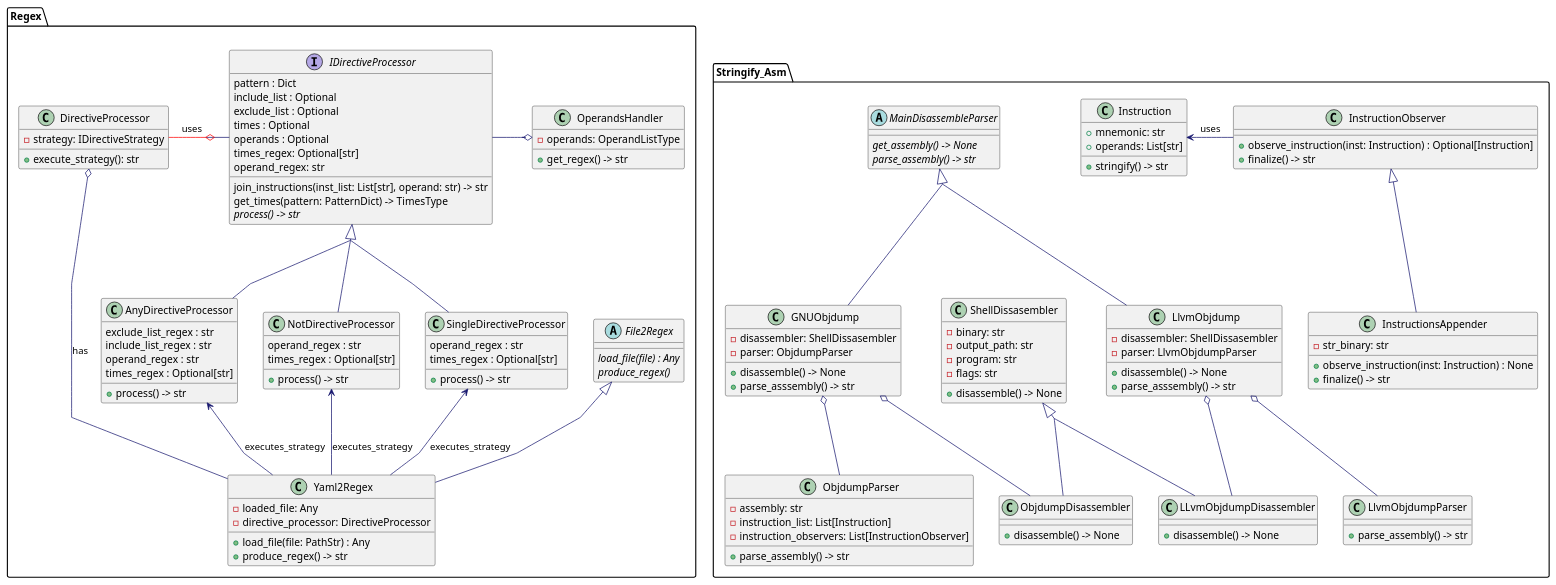
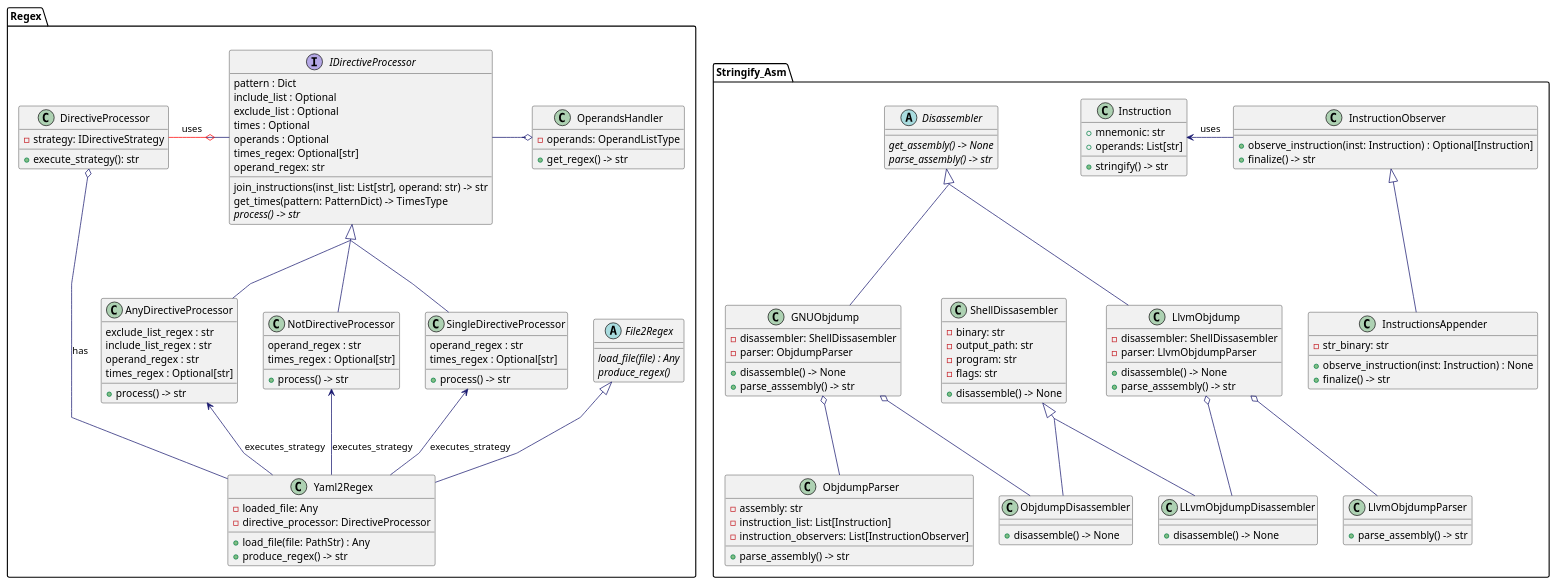
One commit to JukMR/JASM changed the diagram in design/diagram_class.puml. Above: the diagram before and after it, drawn with PlantUML.

Commit message:
Rename MainDisassembleParser to Disassembler

```diff
--- a/design/diagram_class.puml
+++ b/design/diagram_class.puml
@@ -1,175 +1,175 @@
 @startuml diagram_class
 
 skinparam linetype polyline
 skinparam classFontName Helvetica
 skinparam ClassFontSize 14
 skinparam ArrowColor MidnightBlue
 skinparam groupInheritance 2
 
 
 skinparam class {
 
 }
 
 package "Stringify_Asm" {
 
     class Instruction {
         +mnemonic: str
         +operands: List[str]
         +stringify() -> str
     }
 
     class InstructionObserver {
         +observe_instruction(inst: Instruction) : Optional[Instruction]
         +finalize() -> str
     }
 
-    abstract class MainDisassembleParser {
+    abstract class Disassembler {
         {abstract} get_assembly() -> None
         {abstract} parse_assembly() -> str
     }
 
     class LLvmObjdumpDisassembler {
         +disassemble() -> None
     }
 
     class LlvmObjdumpParser {
         +parse_assembly() -> str
     }
 
     class LlvmObjdump {
         -disassembler: ShellDissasembler
         -parser: LlvmObjdumpParser
         +disassemble() -> None
         +parse_asssembly() -> str
     }
 
     class ObjdumpDisassembler {
         +disassemble() -> None
     }
 
     class ObjdumpParser {
         -assembly: str
         -instruction_list: List[Instruction]
         -instruction_observers: List[InstructionObserver]
         +parse_assembly() -> str
     }
 
     class GNUObjdump {
         -disassembler: ShellDissasembler
         -parser: ObjdumpParser
         +disassemble() -> None
         +parse_asssembly() -> str
     }
 
     class InstructionsAppender {
         -str_binary: str
         +observe_instruction(inst: Instruction) : None
         +finalize() -> str
     }
 
     class ShellDissasembler {
         -binary: str
         -output_path: str
         -program: str
         -flags: str
         +disassemble() -> None
     }
 }
 
 package "Regex" {
 
     abstract class File2Regex {
         {abstract} load_file(file) : Any
         {abstract} produce_regex()
     }
 
     class Yaml2Regex {
         -loaded_file: Any
         -directive_processor: DirectiveProcessor
         +load_file(file: PathStr) : Any
         +produce_regex() -> str
     }
 
     class OperandsHandler {
         -operands: OperandListType
         +get_regex() -> str
     }
 
     class DirectiveProcessor {
         -strategy: IDirectiveStrategy
         +execute_strategy(): str
     }
 
     interface IDirectiveProcessor {
     pattern : Dict
     include_list : Optional
     exclude_list : Optional
     times : Optional
     operands : Optional
     times_regex: Optional[str]
     operand_regex: str
 
     join_instructions(inst_list: List[str], operand: str) -> str
     get_times(pattern: PatternDict) -> TimesType
     {abstract}process() -> str
     }
 
 
     class AnyDirectiveProcessor {
     exclude_list_regex : str
     include_list_regex : str
     operand_regex : str
     times_regex : Optional[str]
 
     +process() -> str
     }
 
     class NotDirectiveProcessor {
     operand_regex : str
     times_regex : Optional[str]
 
     +process() -> str
     }
 
     class SingleDirectiveProcessor {
     operand_regex : str
     times_regex : Optional[str]
 
     +process() -> str
     }
 
 
 
 }
 
 ' Strategy Pattern Relationships
 DirectiveProcessor -[#red,thickness=1]o IDirectiveProcessor: uses
 IDirectiveProcessor  <|-- AnyDirectiveProcessor
 IDirectiveProcessor  <|-- SingleDirectiveProcessor
 IDirectiveProcessor  <|-- NotDirectiveProcessor
 
 Yaml2Regex --up> AnyDirectiveProcessor : executes_strategy
 Yaml2Regex --up> SingleDirectiveProcessor : executes_strategy
 Yaml2Regex --up> NotDirectiveProcessor : executes_strategy
 Yaml2Regex --o DirectiveProcessor: has
 
 
 IDirectiveProcessor -o OperandsHandler
 
 
-MainDisassembleParser <|-- GNUObjdump
-MainDisassembleParser <|-- LlvmObjdump
+Disassembler <|-- GNUObjdump
+Disassembler <|-- LlvmObjdump
 Instruction <- InstructionObserver : uses
 File2Regex <|-- Yaml2Regex
 InstructionObserver <|-- InstructionsAppender
 
 GNUObjdump o-- ObjdumpDisassembler
 GNUObjdump o-- ObjdumpParser
 
 LlvmObjdump o-- LlvmObjdumpParser
 LlvmObjdump o-- LLvmObjdumpDisassembler
 
 ShellDissasembler <|-- ObjdumpDisassembler
 ShellDissasembler <|-- LLvmObjdumpDisassembler
 @enduml
```
